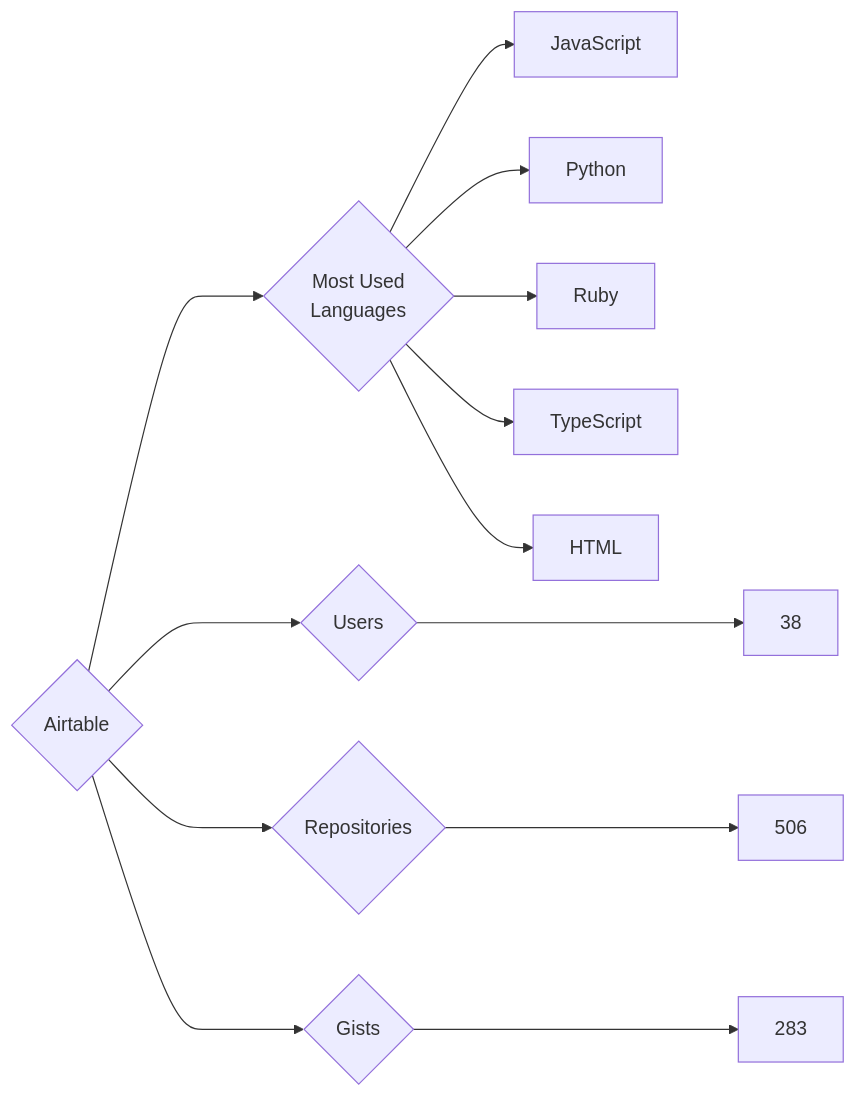
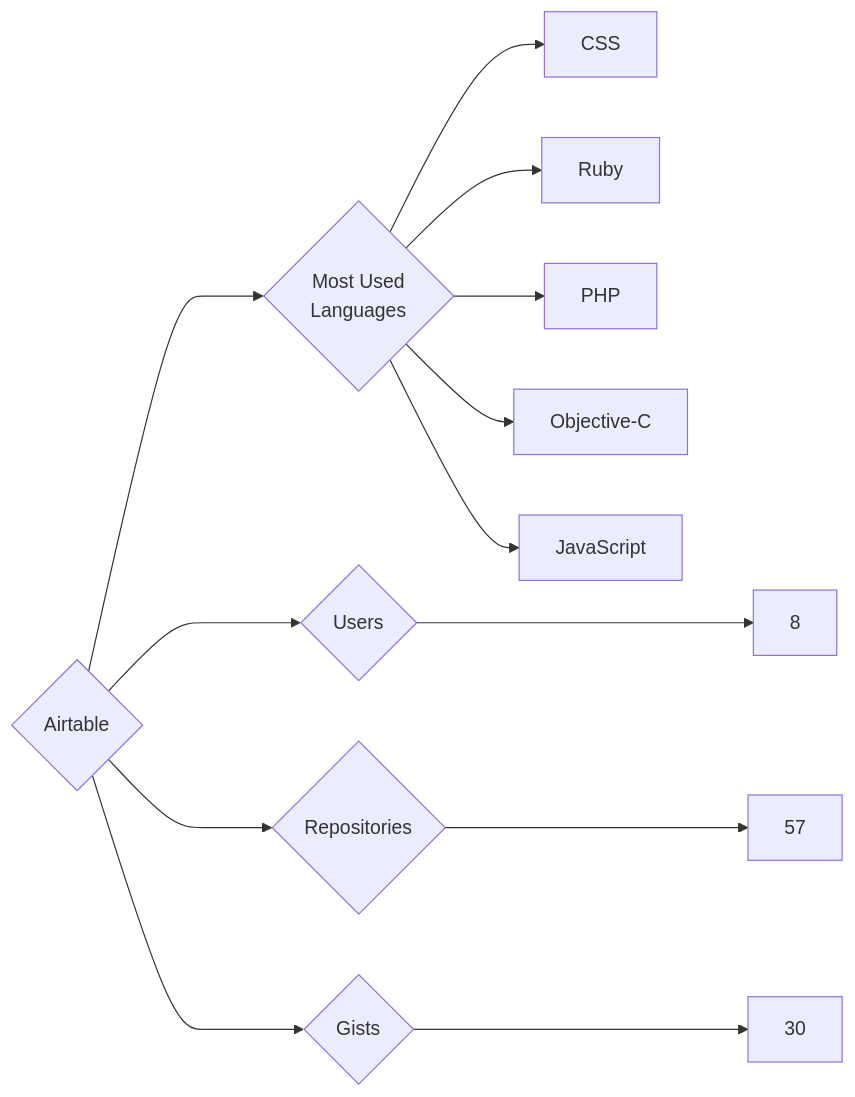
One commit to trickest/insiders changed the diagram in targets/Airtable/README.md. Above: the diagram before and after it, drawn with Mermaid. The commit also changed 934 other files, not shown here.

````diff
--- a/targets/Airtable/README.md
+++ b/targets/Airtable/README.md
@@ -3,13 +3,13 @@
 ```mermaid
 graph LR
 COMPANY_NAME{Airtable}
-COMPANY_NAME ---> U{Users} ---> UN[38]
-COMPANY_NAME ---> R{Repositories} ---> RN[506]
-COMPANY_NAME ---> G{Gists} ---> GN[283]
+COMPANY_NAME ---> U{Users} ---> UN[8]
+COMPANY_NAME ---> R{Repositories} ---> RN[57]
+COMPANY_NAME ---> G{Gists} ---> GN[30]
 COMPANY_NAME ---> ML{Most Used<br>Languages}
+ML --> CSS[CSS]
+ML --> Ruby[Ruby]
+ML --> PHP[PHP]
+ML --> Objective-C[Objective-C]
 ML --> JavaScript[JavaScript]
-ML --> Python[Python]
-ML --> Ruby[Ruby]
-ML --> TypeScript[TypeScript]
-ML --> HTML[HTML]
 ```
````
